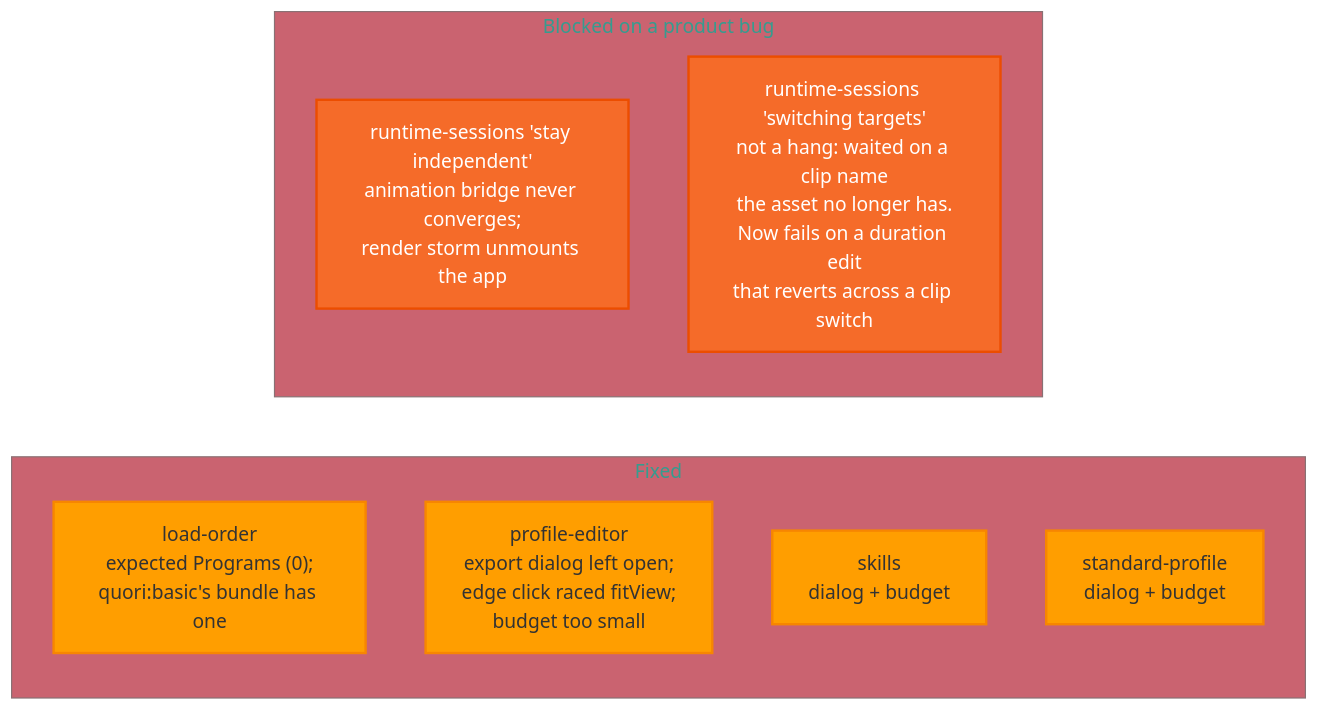
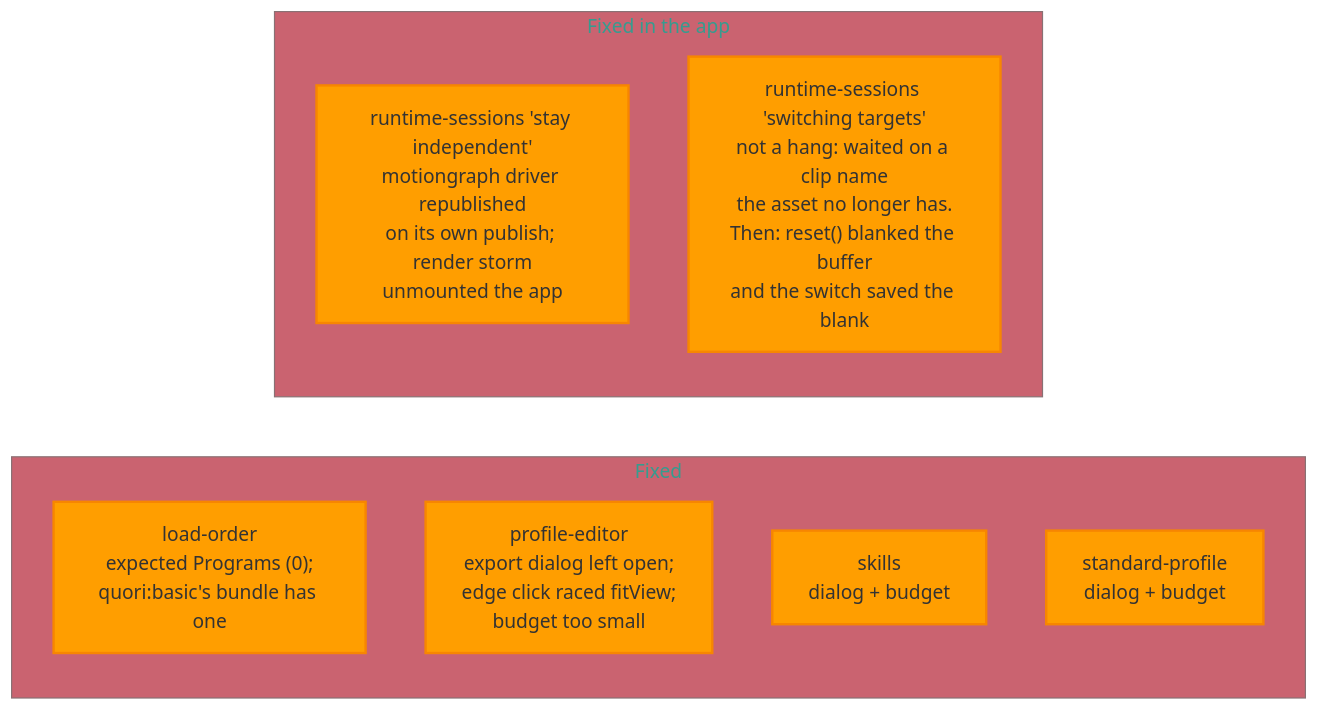
The second of 2 diagrams in apps/vizij-authoring/docs/references/e2e-workflow-failures.md (vizij-ai/vizij-web), drawn with Mermaid before and after one commit. The commit also changed other lines of this file, not shown here.

First line of the commit message:
docs(authoring): what the two runtime-sessions bugs actually were

````diff
--- a/apps/vizij-authoring/docs/references/e2e-workflow-failures.md
+++ b/apps/vizij-authoring/docs/references/e2e-workflow-failures.md
@@ -52,25 +54,25 @@
 ```mermaid
 %%{init: {"theme": "base", "themeVariables": {
   "fontFamily": "Questrial, sans-serif",
   "primaryColor": "#50C4B6", "primaryTextColor": "#FFFFFF",
   "primaryBorderColor": "#2AA499", "lineColor": "#555555",
   "textColor": "#333333", "background": "#FFFFFF"
 }}}%%
 flowchart LR
   subgraph fixed["Fixed"]
     lo["load-order<br/>expected Programs (0);<br/>quori:basic's bundle has one"]:::highlight
     pe["profile-editor<br/>export dialog left open;<br/>edge click raced fitView;<br/>budget too small"]:::highlight
     sk["skills<br/>dialog + budget"]:::highlight
     sp["standard-profile<br/>dialog + budget"]:::highlight
   end
 
-  subgraph product["Blocked on a product bug"]
-    rs59["runtime-sessions 'stay independent'<br/>animation bridge never converges;<br/>render storm unmounts the app"]:::secondary
-    rs144["runtime-sessions 'switching targets'<br/>not a hang: waited on a clip name<br/>the asset no longer has.<br/>Now fails on a duration edit<br/>that reverts across a clip switch"]:::secondary
+  subgraph product["Fixed in the app"]
+    rs59["runtime-sessions 'stay independent'<br/>motiongraph driver republished<br/>on its own publish; render storm<br/>unmounted the app"]:::highlight
+    rs144["runtime-sessions 'switching targets'<br/>not a hang: waited on a clip name<br/>the asset no longer has.<br/>Then: reset() blanked the buffer<br/>and the switch saved the blank"]:::highlight
   end
 
   classDef primary fill:#50C4B6,stroke:#2AA499,stroke-width:2px,color:#FFFFFF;
   classDef secondary fill:#F56B29,stroke:#EC4D00,stroke-width:2px,color:#FFFFFF;
   classDef highlight fill:#FF9E00,stroke:#F78600,stroke-width:2px,color:#333333;
   classDef neutral fill:#F7F8F8,stroke:#888888,stroke-width:2px,color:#333333;
 ```
````
